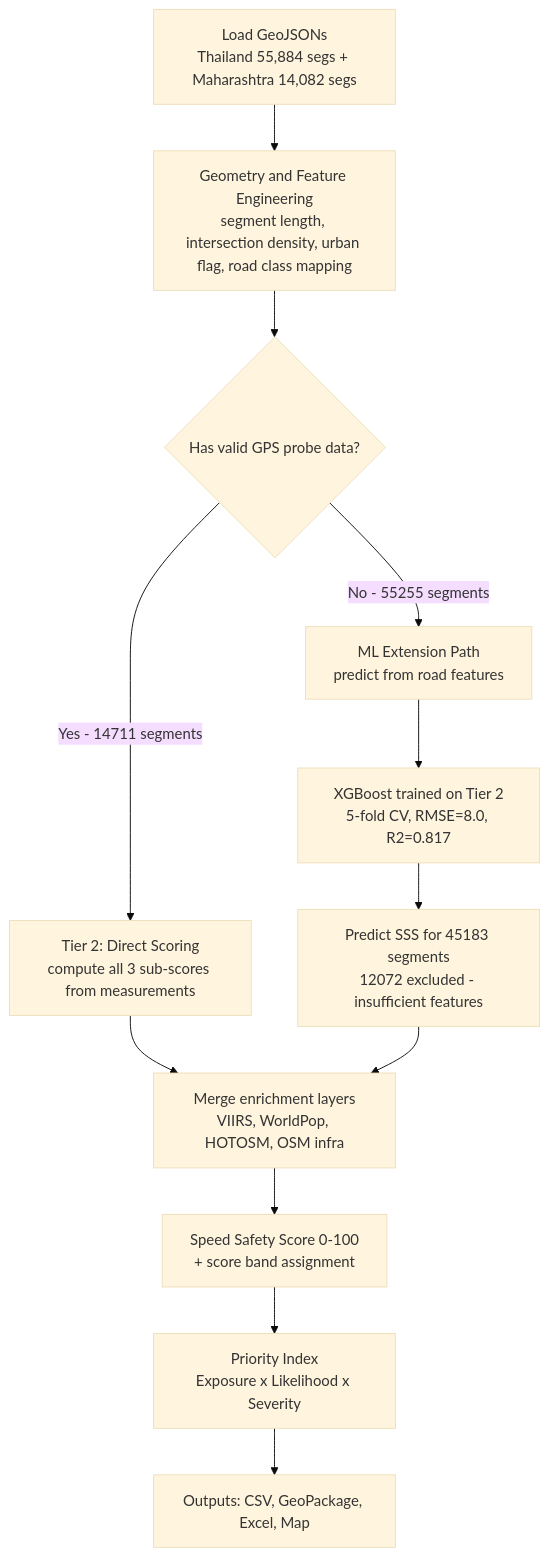
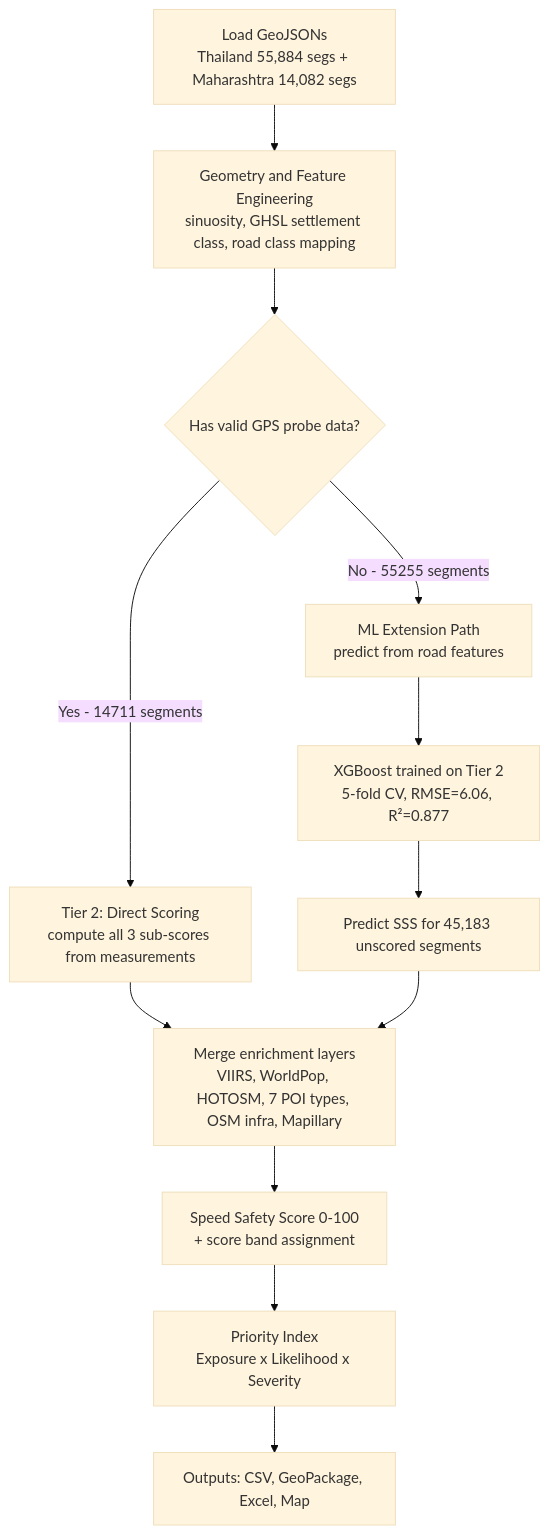
The fifth of 14 diagrams in WORKFLOW.md (simeonpalla/ai-safer-roads), drawn with Mermaid (base theme) before and after one commit. The commit also changed other lines of this file and 14 other files, not shown here.

First line of the commit message:
feat: GHSL + 7 POI types + Mapillary + ML R²=0.877

````diff
--- a/WORKFLOW.md
+++ b/WORKFLOW.md
@@ -189,14 +215,14 @@
 ```mermaid
 graph TD
-    A["Load GeoJSONs<br/>Thailand 55,884 segs + Maharashtra 14,082 segs"] --> B["Geometry and Feature Engineering<br/>segment length, intersection density, urban flag, road class mapping"]
+    A["Load GeoJSONs<br/>Thailand 55,884 segs + Maharashtra 14,082 segs"] --> B["Geometry and Feature Engineering<br/>sinuosity, GHSL settlement class, road class mapping"]
     B --> C{Has valid GPS probe data?}
     C -->|Yes - 14711 segments| D["Tier 2: Direct Scoring<br/>compute all 3 sub-scores from measurements"]
     C -->|No - 55255 segments| E["ML Extension Path<br/>predict from road features"]
-    D --> F["Merge enrichment layers<br/>VIIRS, WorldPop, HOTOSM, OSM infra"]
-    E --> G["XGBoost trained on Tier 2<br/>5-fold CV, RMSE=8.0, R2=0.817"]
-    G --> H["Predict SSS for 45183 segments<br/>12072 excluded - insufficient features"]
+    D --> F["Merge enrichment layers<br/>VIIRS, WorldPop, HOTOSM, 7 POI types, OSM infra, Mapillary"]
+    E --> G["XGBoost trained on Tier 2<br/>5-fold CV, RMSE=6.06, R²=0.877"]
+    G --> H["Predict SSS for 45,183 unscored segments"]
     H --> F
     F --> I["Speed Safety Score 0-100<br/>+ score band assignment"]
     I --> J["Priority Index<br/>Exposure x Likelihood x Severity"]
     J --> K["Outputs: CSV, GeoPackage, Excel, Map"]
 ```
````
